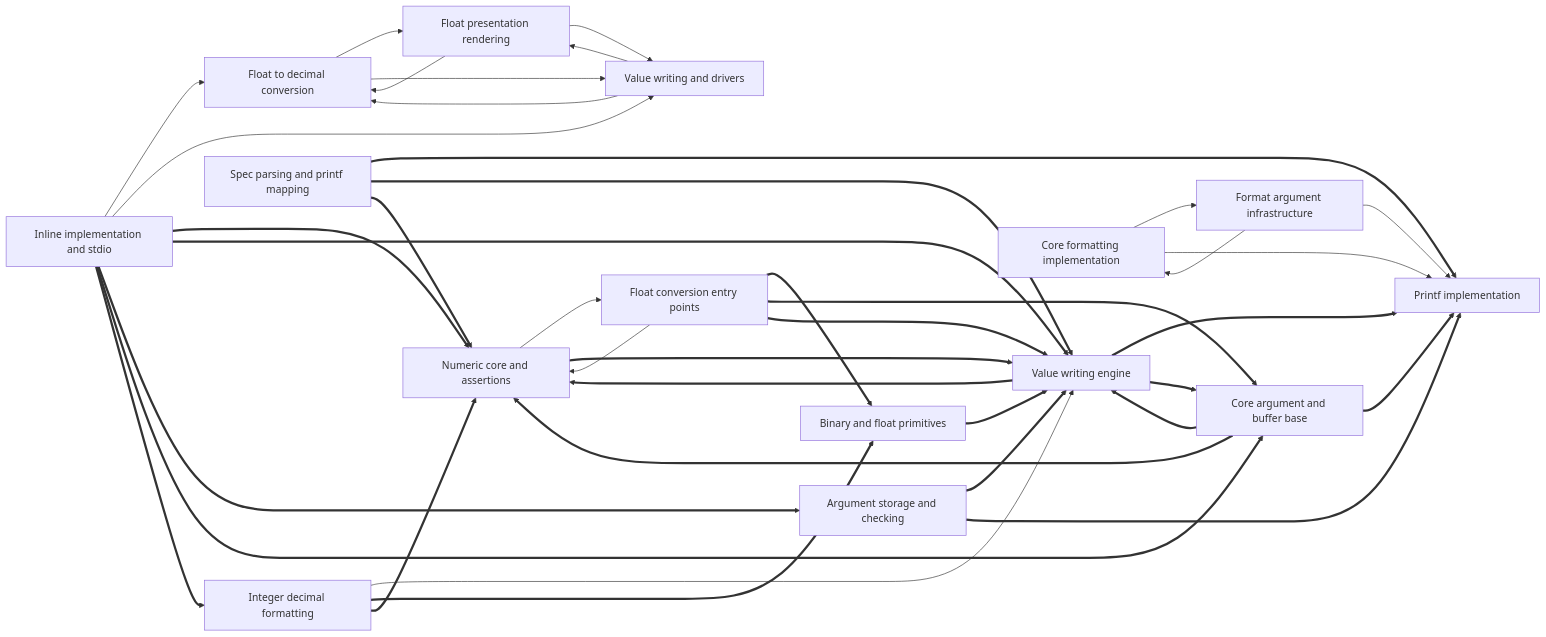
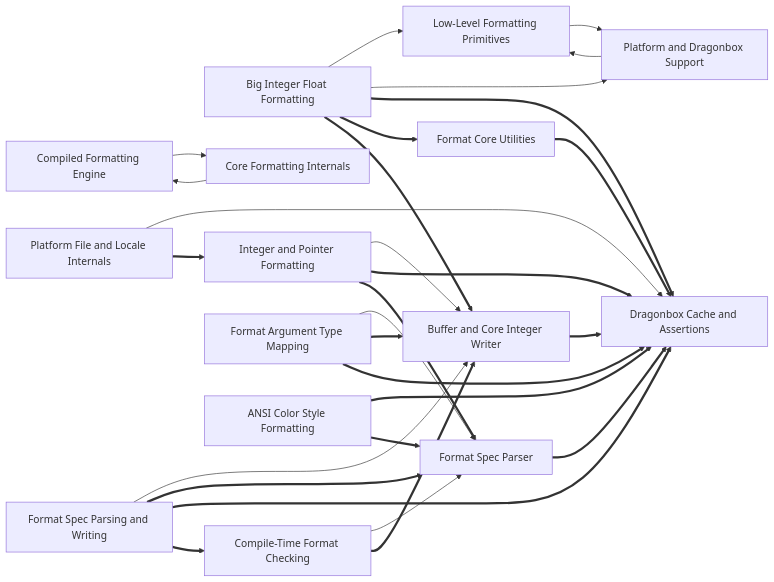
Before and after one commit to zlxdengtianhei/codebase-explorer: the diagram in examples/fmt/docs/DEPENDENCIES.md, drawn with Mermaid. The commit also changed other lines of this file and 364 other files, not shown here.

````diff
--- a/examples/fmt/docs/DEPENDENCIES.md
+++ b/examples/fmt/docs/DEPENDENCIES.md
@@ -6,56 +6,46 @@
 ```mermaid
 flowchart LR
-  n0["Numeric core and assertions"]
-  n1["Value writing engine"]
-  n2["Printf implementation"]
-  n3["Inline implementation and stdio"]
-  n4["Core argument and buffer base"]
-  n5["Core formatting implementation"]
-  n6["Float conversion entry points"]
-  n7["Binary and float primitives"]
-  n8["Float to decimal conversion"]
-  n9["Format argument infrastructure"]
-  n10["Value writing and drivers"]
-  n11["Float presentation rendering"]
-  n12["Integer decimal formatting"]
-  n13["Spec parsing and printf mapping"]
-  n14["Argument storage and checking"]
-  n5 --> n9
-  n5 --> n2
-  n6 --> n0
-  n11 --> n8
-  n11 --> n10
-  n8 --> n11
-  n8 --> n10
-  n9 --> n5
-  n9 --> n2
-  n3 --> n8
-  n3 --> n10
-  n12 --> n1
-  n0 --> n6
-  n10 --> n11
-  n10 --> n8
-  n13 ==> n2
-  n6 ==> n7
+  n0["Dragonbox Cache and Assertions"]
+  n1["Format Spec Parser"]
+  n2["Buffer and Core Integer Writer"]
+  n3["Big Integer Float Formatting"]
+  n4["Compiled Formatting Engine"]
+  n5["Core Formatting Internals"]
+  n6["Format Core Utilities"]
+  n7["Format Spec Parsing and Writing"]
+  n8["Integer and Pointer Formatting"]
+  n9["Compile-Time Format Checking"]
+  n10["Format Argument Type Mapping"]
+  n11["Low-Level Formatting Primitives"]
+  n12["Platform and Dragonbox Support"]
+  n13["Platform File and Locale Internals"]
+  n14["ANSI Color Style Formatting"]
+  n3 --> n11
+  n3 --> n12
+  n9 --> n1
+  n4 --> n5
+  n5 --> n4
+  n10 --> n1
+  n7 --> n2
+  n8 --> n2
+  n11 --> n12
+  n12 --> n11
+  n13 --> n0
   n3 ==> n0
+  n7 ==> n1
+  n2 ==> n0
+  n10 ==> n2
+  n6 ==> n0
+  n14 ==> n0
   n1 ==> n0
+  n7 ==> n0
+  n3 ==> n6
+  n9 ==> n2
+  n10 ==> n0
+  n8 ==> n0
   n14 ==> n1
-  n4 ==> n2
-  n3 ==> n1
-  n1 ==> n2
-  n14 ==> n2
-  n4 ==> n0
-  n3 ==> n14
-  n13 ==> n1
-  n1 ==> n4
-  n7 ==> n1
-  n4 ==> n1
-  n6 ==> n4
-  n6 ==> n1
-  n3 ==> n4
-  n3 ==> n12
-  n12 ==> n7
-  n12 ==> n0
-  n0 ==> n1
-  n13 ==> n0
+  n3 ==> n2
+  n7 ==> n9
+  n8 ==> n1
+  n13 ==> n8
 ```
````
